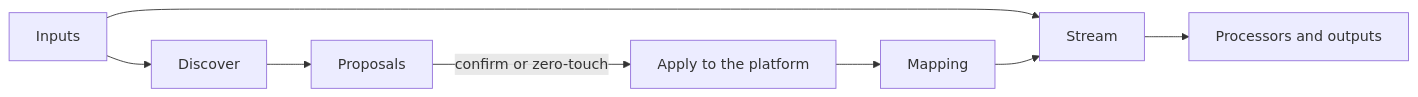
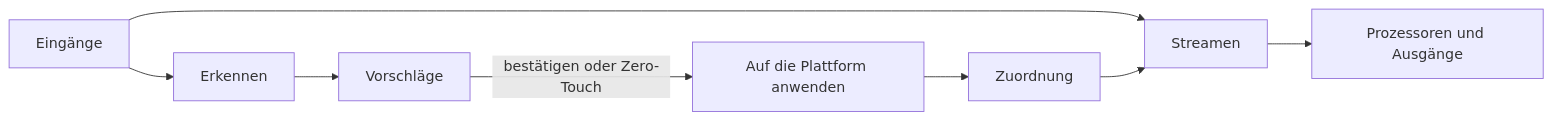
The diagram in i18n/de/docusaurus-plugin-content-docs/current/gateways/periscope/how-periscope-works.mdx (nimbit-platform/nimbit-docs), drawn with Mermaid before and after one commit. The commit also changed other lines of this file and 135 other files, not shown here.

````diff
--- a/i18n/de/docusaurus-plugin-content-docs/current/gateways/periscope/how-periscope-works.mdx
+++ b/i18n/de/docusaurus-plugin-content-docs/current/gateways/periscope/how-periscope-works.mdx
@@ -13,10 +13,10 @@
 ```mermaid
 flowchart LR
-  I[Inputs] --> D[Discover]
-  D --> P[Proposals]
-  P -->|confirm or zero-touch| A[Apply to the platform]
-  A --> M[Mapping]
-  I --> S[Stream]
+  I[Eingänge] --> D[Erkennen]
+  D --> P[Vorschläge]
+  P -->|bestätigen oder Zero-Touch| A[Auf die Plattform anwenden]
+  A --> M[Zuordnung]
+  I --> S[Streamen]
   M --> S
-  S --> O[Processors and outputs]
+  S --> O[Prozessoren und Ausgänge]
 ```
````
